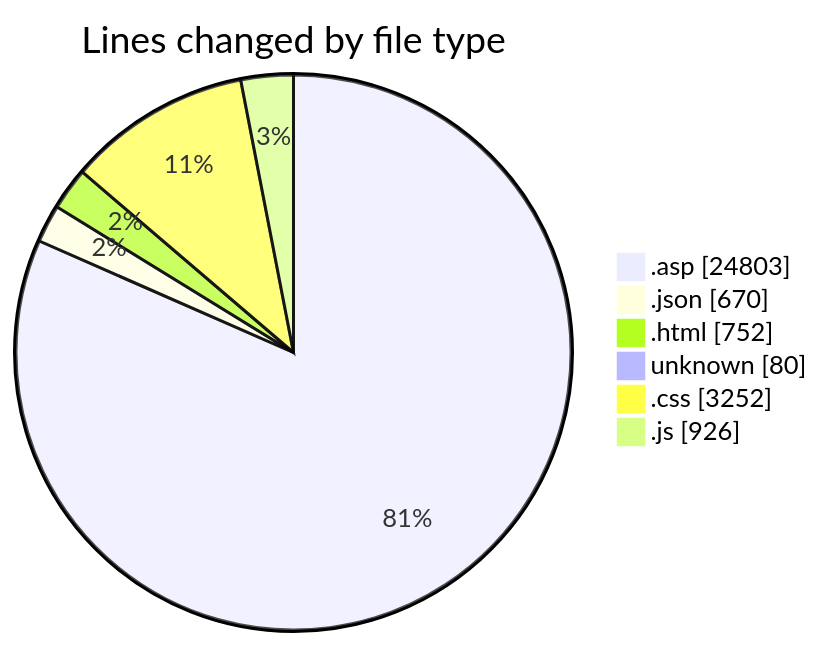
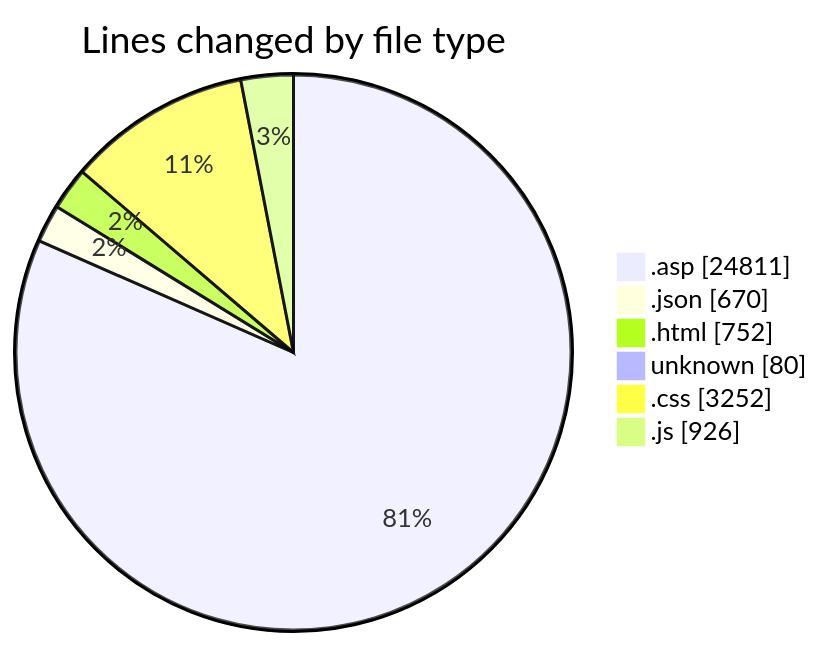
One commit to julien-gomy/code-tracking changed the first of 2 diagrams in 2025-11-01/cdp_aleoudev_fr__workspace_/README.md. Above: the diagram before and after it, drawn with Mermaid. The commit also changed other lines of this file and 1 other file, not shown here.

````diff
--- a/2025-11-01/cdp_aleoudev_fr__workspace_/README.md
+++ b/2025-11-01/cdp_aleoudev_fr__workspace_/README.md
@@ -38,10 +38,10 @@
 ```mermaid
 pie showData
 title Lines changed by file type
-".asp" : 24803
+".asp" : 24811
 ".json" : 670
 ".html" : 752
 "unknown" : 80
 ".css" : 3252
 ".js" : 926
 ```
````
